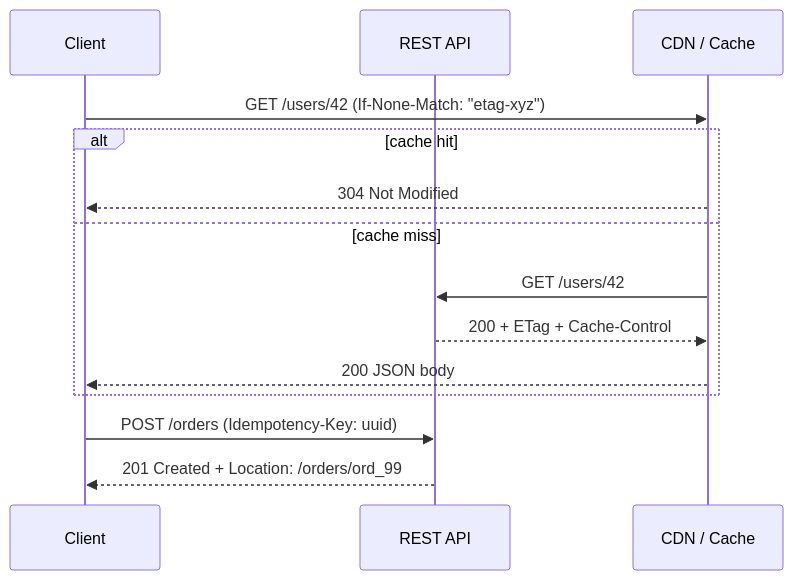
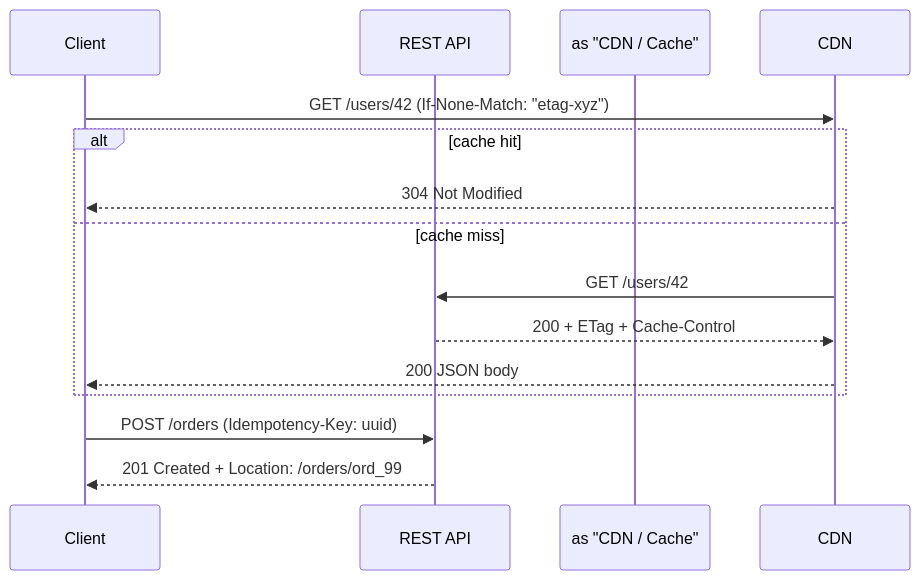
Before and after one commit to hareramcse/SystemDesign: the third of 26 diagrams in 07-api-design/README.md, drawn with Mermaid. The commit also changed other lines of this file and 14 other files, not shown here.

````diff
--- a/07-api-design/README.md
+++ b/07-api-design/README.md
@@ -197,17 +197,17 @@
 ```mermaid
 sequenceDiagram
     participant C as Client
     participant API as REST API
-    participant CDN as CDN / Cache
+    participant  as "CDN / Cache"
 
     C->>CDN: GET /users/42 (If-None-Match: "etag-xyz")
     alt cache hit
         CDN-->>C: 304 Not Modified
     else cache miss
         CDN->>API: GET /users/42
         API-->>CDN: 200 + ETag + Cache-Control
         CDN-->>C: 200 JSON body
     end
     C->>API: POST /orders (Idempotency-Key: uuid)
     API-->>C: 201 Created + Location: /orders/ord_99
 ```
````
